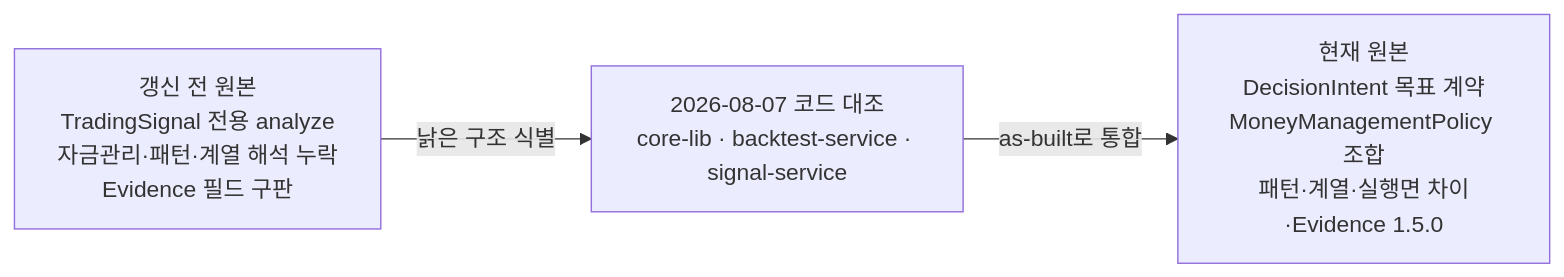
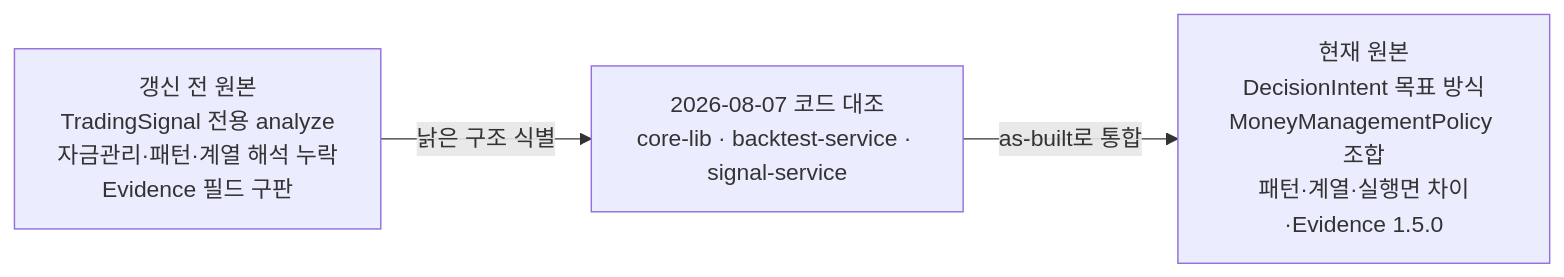
Before and after one commit to vessel35/trading-system-v2: diagram 38 of 38 in docs/fullspec/backtest_v2_detailed_design.md, drawn with Mermaid. The commit also changed other lines of this file and 21 other files, not shown here.

````diff
--- a/docs/fullspec/backtest_v2_detailed_design.md
+++ b/docs/fullspec/backtest_v2_detailed_design.md
@@ -4881,8 +4881,8 @@
 ```mermaid
 flowchart LR
     OLD["갱신 전 원본<br/>TradingSignal 전용 analyze<br/>자금관리·패턴·계열 해석 누락<br/>Evidence 필드 구판"]
     CODE["2026-08-07 코드 대조<br/>core-lib · backtest-service · signal-service"]
-    NOW["현재 원본<br/>DecisionIntent 목표 계약<br/>MoneyManagementPolicy 조합<br/>패턴·계열·실행면 차이·Evidence 1.5.0"]
+    NOW["현재 원본<br/>DecisionIntent 목표 방식<br/>MoneyManagementPolicy 조합<br/>패턴·계열·실행면 차이·Evidence 1.5.0"]
     OLD -->|낡은 구조 식별| CODE
     CODE -->|as-built로 통합| NOW
 ```
````
